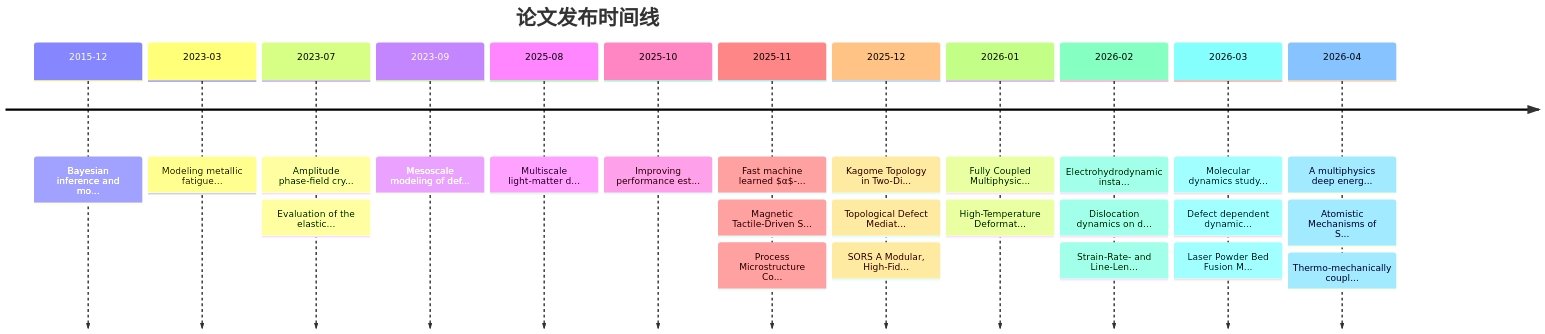
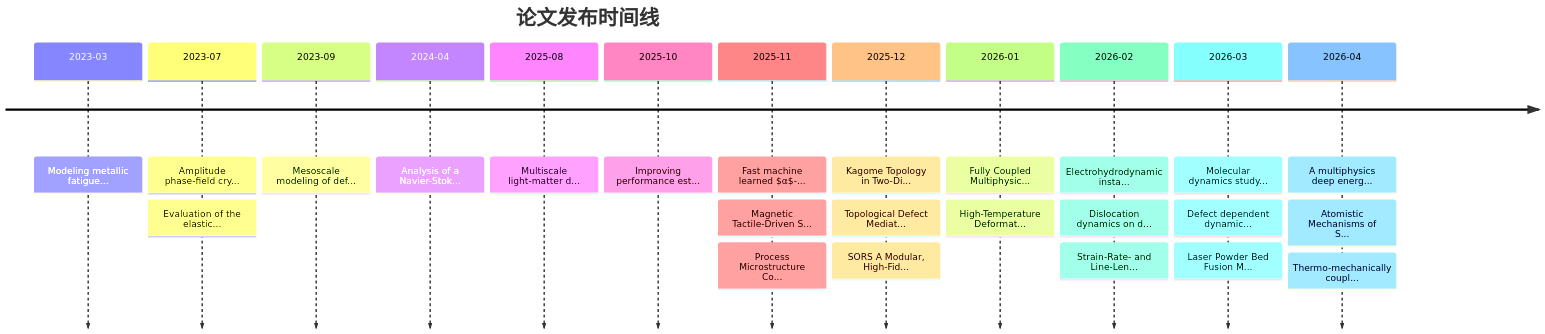
One commit to Shirakawa11111/BJK_readpaper changed the second of 2 diagrams in reports/knowledge_graph.md. Above: the diagram before and after it, drawn with Mermaid. The commit also changed other lines of this file and 11 other files, not shown here.

````diff
--- a/reports/knowledge_graph.md
+++ b/reports/knowledge_graph.md
@@ -119,16 +119,16 @@
 ```mermaid
 timeline
     title 论文发布时间线
-    2015-12 : Bayesian inference and mo...
     2023-03 : Modeling metallic fatigue...
     2023-07 : Amplitude phase-field cry... : Evaluation of the elastic...
     2023-09 : Mesoscale modeling of def...
+    2024-04 : Analysis of a Navier-Stok...
     2025-08 : Multiscale light-matter d...
     2025-10 : Improving performance est...
     2025-11 : Fast machine learned $α$-... : Magnetic Tactile-Driven S... : Process Microstructure Co...
     2025-12 : Kagome Topology in Two-Di... : Topological Defect Mediat... : SORS A Modular, High-Fid...
     2026-01 : Fully Coupled Multiphysic... : High-Temperature Deformat...
     2026-02 : Electrohydrodynamic insta... : Dislocation dynamics on d... : Strain-Rate- and Line-Len...
     2026-03 : Molecular dynamics study... : Defect dependent dynamic... : Laser Powder Bed Fusion M...
     2026-04 : A multiphysics deep energ... : Atomistic Mechanisms of S... : Thermo-mechanically coupl...
 ```
````
